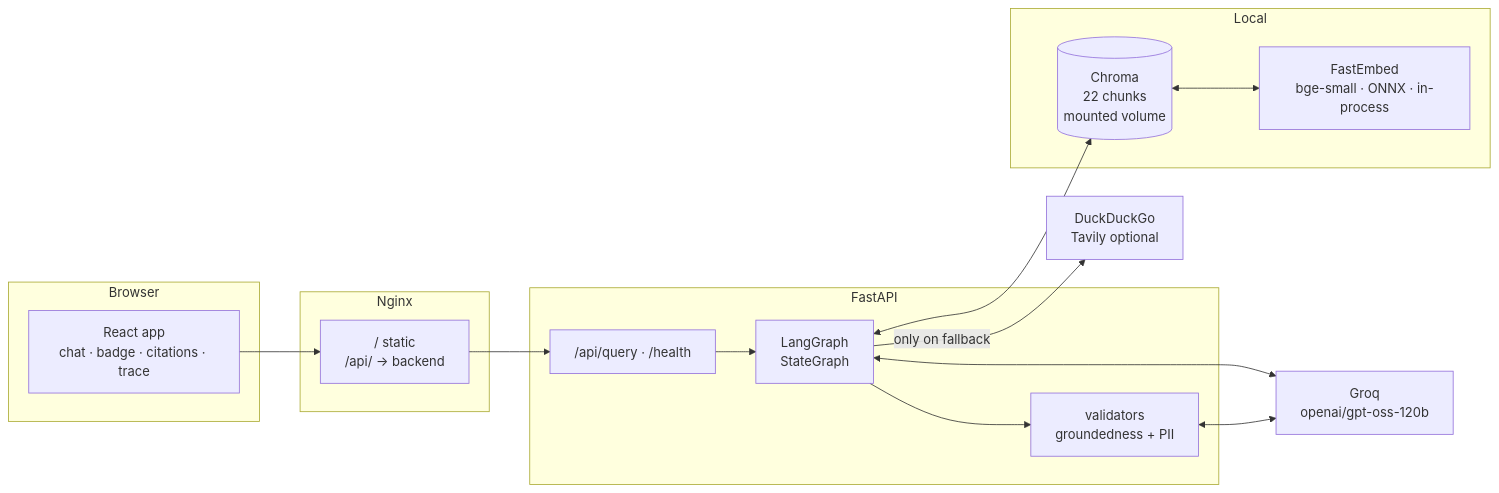
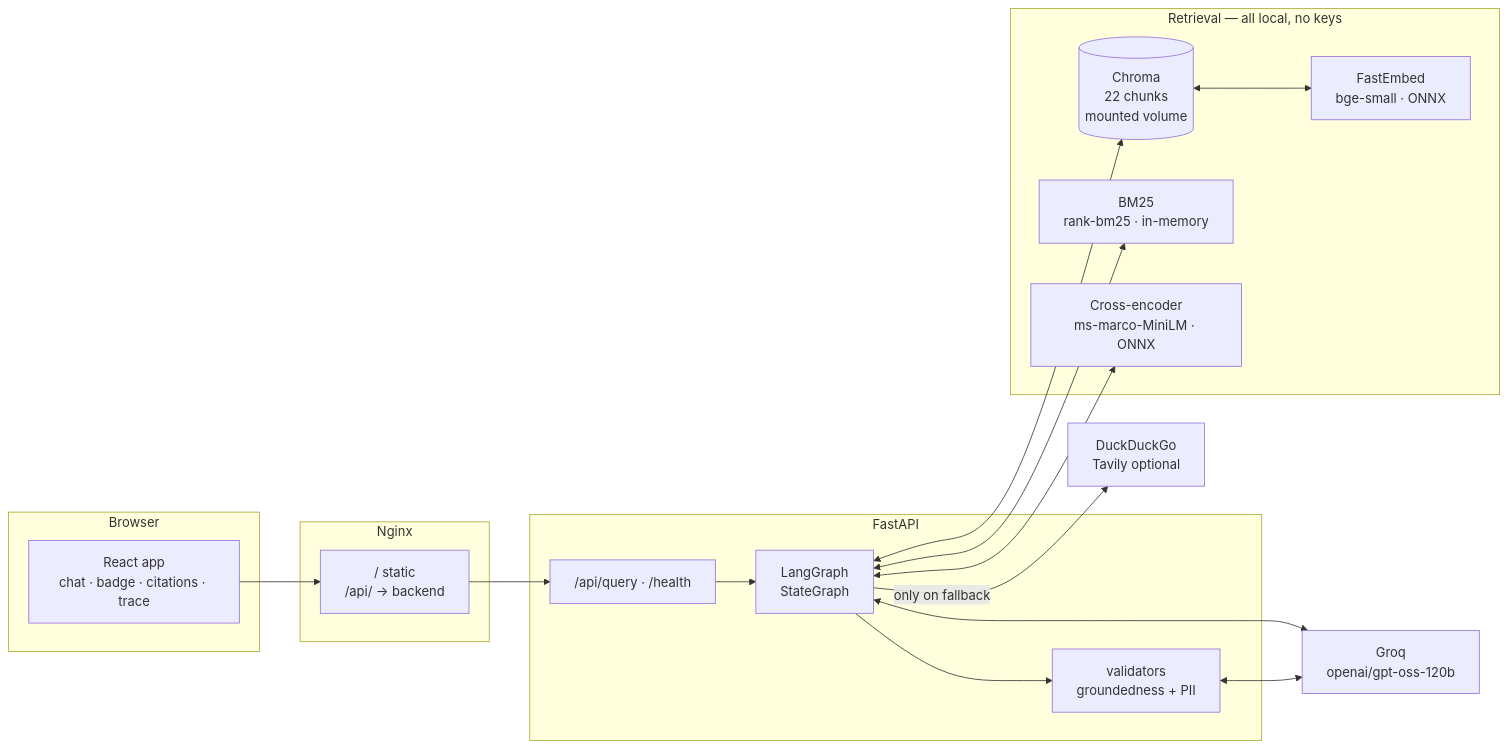
One commit to Nitishjha7/adaptive-crag changed the second of 2 diagrams in docs/PROJECT_WALKTHROUGH.md. Above: the diagram before and after it, drawn with Mermaid. The commit also changed other lines of this file and 3 other files, not shown here.

````diff
--- a/docs/PROJECT_WALKTHROUGH.md
+++ b/docs/PROJECT_WALKTHROUGH.md
@@ -222,32 +274,36 @@
 ```mermaid
 flowchart LR
     subgraph Browser
         UI[React app<br/>chat · badge · citations · trace]
     end
 
     subgraph Nginx
         PROXY["/ static<br/>/api/ → backend"]
     end
 
     subgraph Server["FastAPI"]
         API["/api/query · /health"]
         G[LangGraph<br/>StateGraph]
         V[validators<br/>groundedness + PII]
     end
 
-    subgraph Local
+    subgraph Local["Retrieval — all local, no keys"]
         CH[(Chroma<br/>22 chunks<br/>mounted volume)]
-        EMB[FastEmbed<br/>bge-small · ONNX · in-process]
+        EMB[FastEmbed<br/>bge-small · ONNX]
+        B25[BM25<br/>rank-bm25 · in-memory]
+        RRK[Cross-encoder<br/>ms-marco-MiniLM · ONNX]
     end
 
     WEBSRC[DuckDuckGo<br/>Tavily optional]
     LLM[Groq<br/>openai/gpt-oss-120b]
 
     UI --> PROXY --> API --> G
     G <--> LLM
     G --> V
     V <--> LLM
     G <--> CH
     CH <--> EMB
+    G <--> B25
+    G <--> RRK
     G -->|only on fallback| WEBSRC
 ```
````
